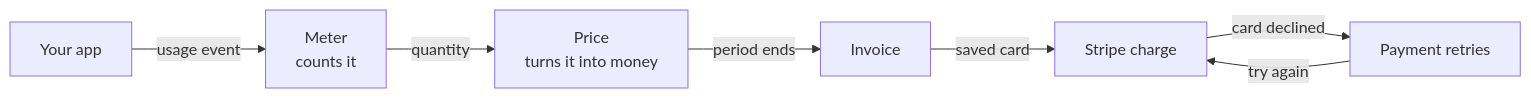
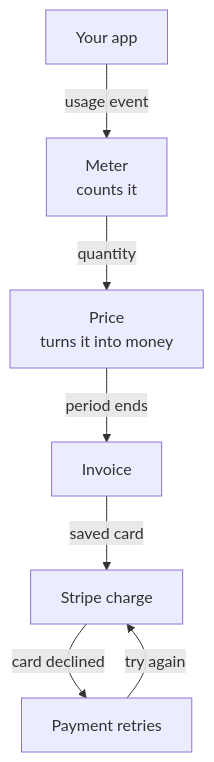
Before and after one commit to gethardcount/hardcount: the diagram in docs/how-hardcount-works.md, drawn with Mermaid. The commit also changed 7 other files, not shown here.

First line of the commit message:
docs: the data-model diagram without crossings; link text that says where it goes

````diff
--- a/docs/how-hardcount-works.md
+++ b/docs/how-hardcount-works.md
@@ -12,9 +12,9 @@
 ```mermaid
-flowchart LR
+flowchart TB
     A["Your app"] -->|"usage event"| B["Meter<br/>counts it"]
     B -->|"quantity"| C["Price<br/>turns it into money"]
     C -->|"period ends"| D["Invoice"]
     D -->|"saved card"| E["Stripe charge"]
     E -->|"card declined"| F["Payment retries"]
     F -->|"try again"| E
 ```
````
